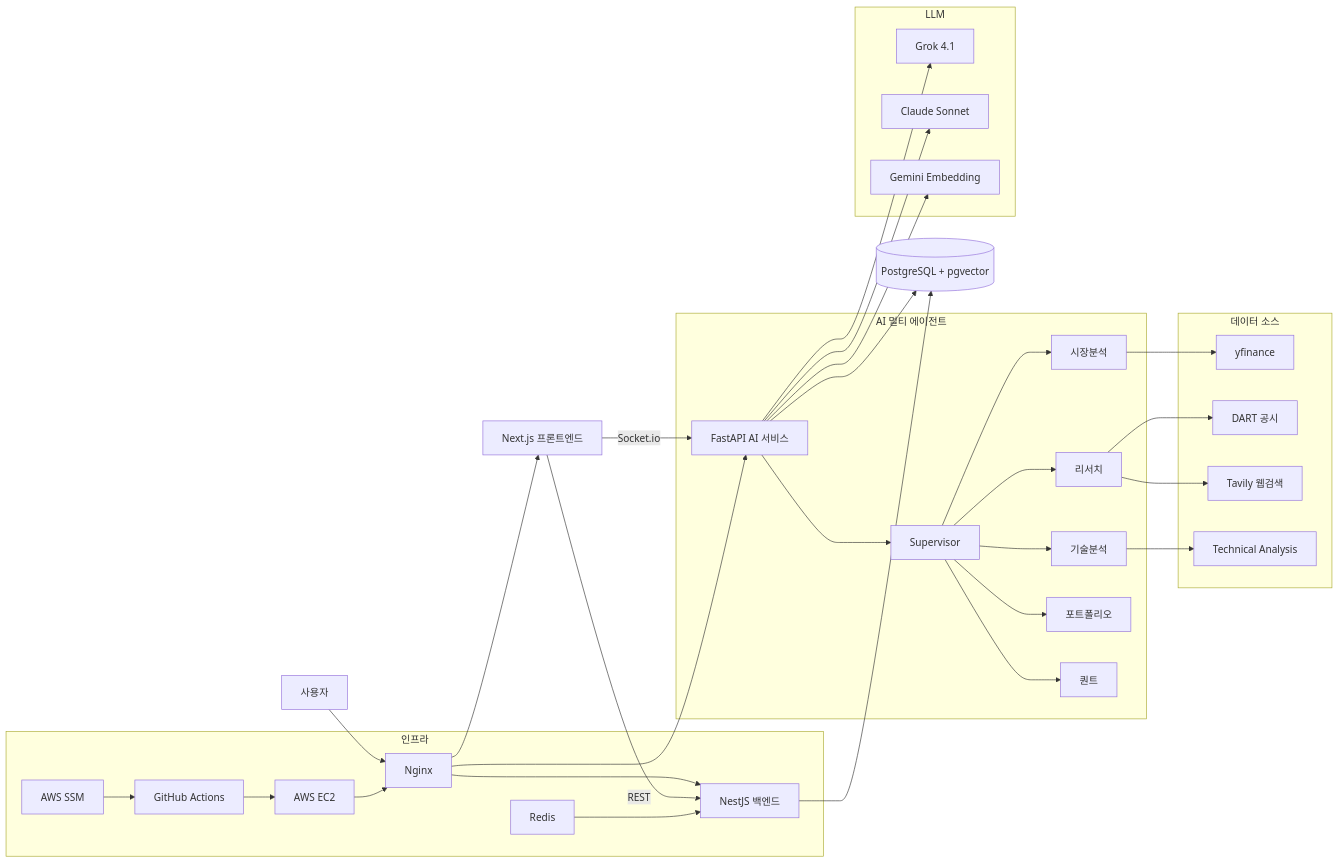
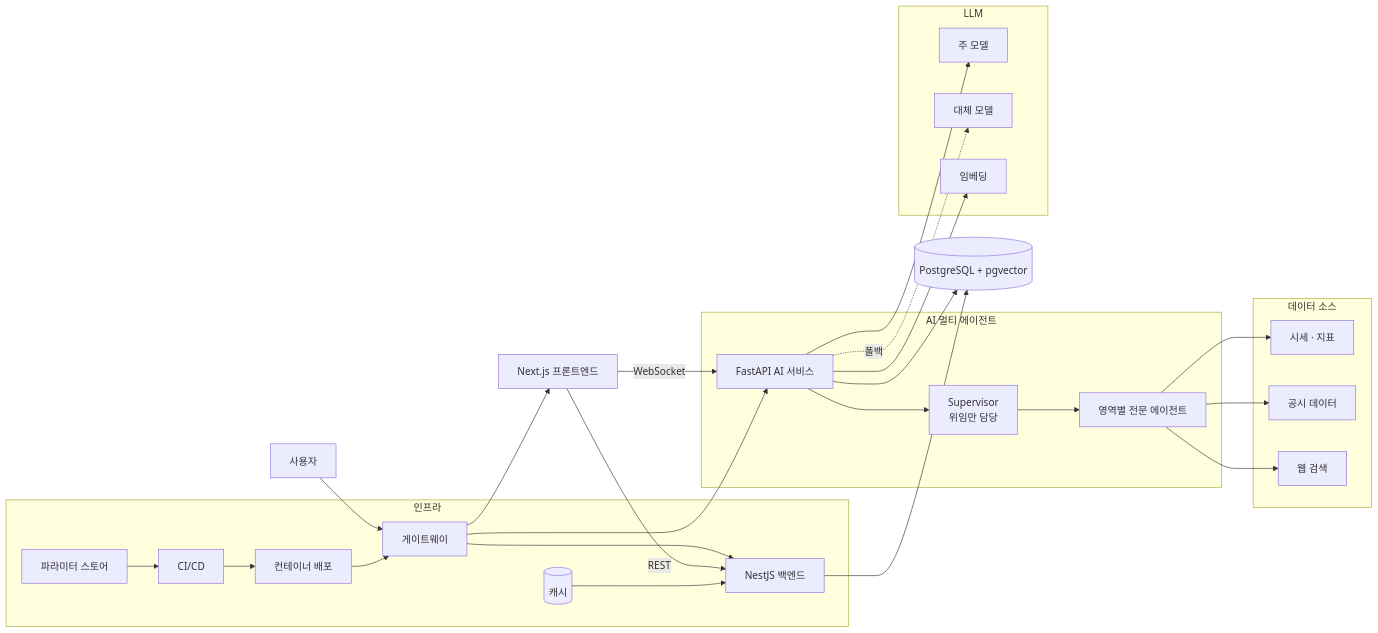
One commit to genie49/genie-cv changed the diagram in data/architectures/projects/fingoo.mmd. Above: the diagram before and after it, drawn with Mermaid. The commit also changed 16 other files, not shown here.

```diff
--- a/data/architectures/projects/fingoo.mmd
+++ b/data/architectures/projects/fingoo.mmd
@@ -1,39 +1,34 @@
 graph LR
-    User[사용자] --> Nginx
-    Nginx --> Web[Next.js 프론트엔드]
-    Nginx --> API[NestJS 백엔드]
-    Nginx --> AI[FastAPI AI 서비스]
+    User[사용자] --> GW[게이트웨이]
+    GW --> Web[Next.js 프론트엔드]
+    GW --> API[NestJS 백엔드]
+    GW --> AI[FastAPI AI 서비스]
 
-    Web -->|Socket.io| AI
+    Web -->|WebSocket| AI
     Web -->|REST| API
     API --> DB[(PostgreSQL + pgvector)]
     AI --> DB
 
     subgraph AI 멀티 에이전트
-        AI --> Supervisor[Supervisor]
-        Supervisor --> Market[시장분석]
-        Supervisor --> Tech[기술분석]
-        Supervisor --> Research[리서치]
-        Supervisor --> Portfolio[포트폴리오]
-        Supervisor --> Quant[퀀트]
+        AI --> Supervisor[Supervisor<br/>위임만 담당]
+        Supervisor --> A[영역별 전문 에이전트]
     end
 
     subgraph 데이터 소스
-        Market --> yfinance
-        Research --> DART[DART 공시]
-        Research --> Tavily[Tavily 웹검색]
-        Tech --> TA[Technical Analysis]
+        A --> Market[시세 · 지표]
+        A --> Filing[공시 데이터]
+        A --> Web2[웹 검색]
     end
 
     subgraph LLM
-        AI --> Grok[Grok 4.1]
-        AI --> Claude[Claude Sonnet]
-        AI --> Gemini[Gemini Embedding]
+        AI --> Main[주 모델]
+        AI -.->|폴백| Alt[대체 모델]
+        AI --> Emb[임베딩]
     end
 
     subgraph 인프라
-        GHA[GitHub Actions] --> EC2[AWS EC2]
-        EC2 --> Nginx
-        SSM[AWS SSM] --> GHA
-        Redis --> API
+        CI[CI/CD] --> Deploy[컨테이너 배포]
+        Deploy --> GW
+        PS[파라미터 스토어] --> CI
+        Cache[(캐시)] --> API
     end
```
